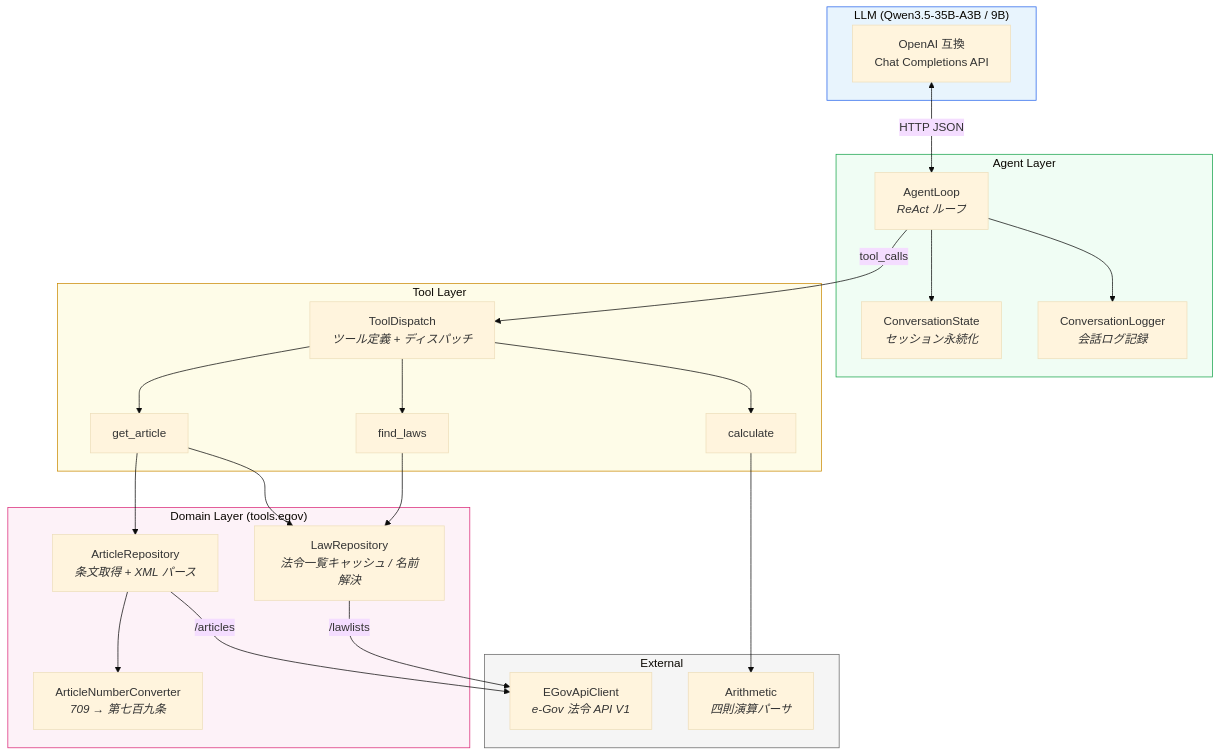
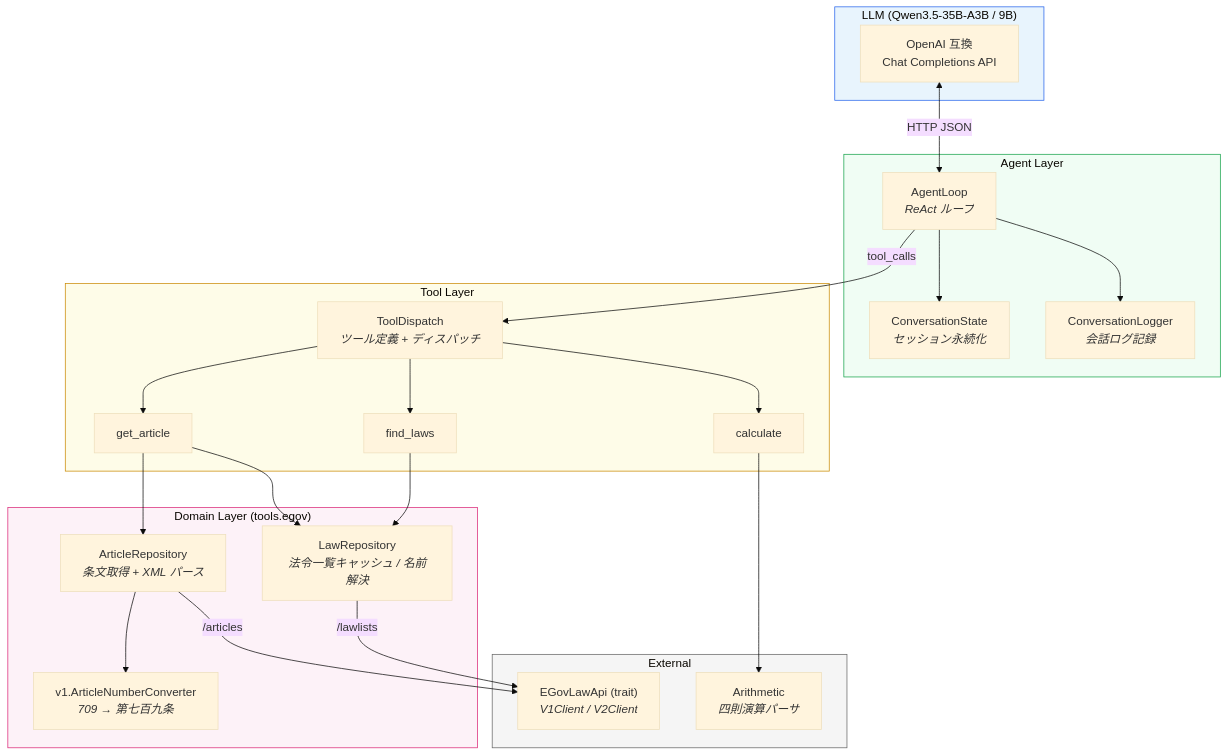
One commit to nil2013/agentic-system-poc changed the diagram in docs/code/README.md. Above: the diagram before and after it, drawn with Mermaid (base theme). The commit also changed other lines of this file and 2 other files, not shown here.

First line of the commit message:
Update design docs for V1/V2 backend switching architecture

````diff
--- a/docs/code/README.md
+++ b/docs/code/README.md
@@ -15,51 +15,51 @@
 ```mermaid
 graph TB
     subgraph LLM["LLM (Qwen3.5-35B-A3B / 9B)"]
         API["OpenAI 互換<br/>Chat Completions API"]
     end
 
     subgraph Agent["Agent Layer"]
         AL["AgentLoop<br/><i>ReAct ループ</i>"]
         CS["ConversationState<br/><i>セッション永続化</i>"]
         CL["ConversationLogger<br/><i>会話ログ記録</i>"]
     end
 
     subgraph Tools["Tool Layer"]
         TD["ToolDispatch<br/><i>ツール定義 + ディスパッチ</i>"]
         FL["find_laws"]
         GA["get_article"]
         CALC["calculate"]
     end
 
     subgraph Domain["Domain Layer (tools.egov)"]
         LR["LawRepository<br/><i>法令一覧キャッシュ / 名前解決</i>"]
         AR["ArticleRepository<br/><i>条文取得 + XML パース</i>"]
-        ANC["ArticleNumberConverter<br/><i>709 → 第七百九条</i>"]
+        ANC["v1.ArticleNumberConverter<br/><i>709 → 第七百九条</i>"]
     end
 
     subgraph Ext["External"]
-        EGOV["EGovApiClient<br/><i>e-Gov 法令 API V1</i>"]
+        EGOV["EGovLawApi (trait)<br/><i>V1Client / V2Client</i>"]
         ARITH["Arithmetic<br/><i>四則演算パーサ</i>"]
     end
 
     API <-->|"HTTP JSON"| AL
     AL --> CS
     AL --> CL
     AL -->|"tool_calls"| TD
     TD --> FL
     TD --> GA
     TD --> CALC
     FL --> LR
     GA --> LR
     GA --> AR
     AR --> ANC
     CALC --> ARITH
     LR -->|"/lawlists"| EGOV
     AR -->|"/articles"| EGOV
 
     style LLM fill:#e8f4fd,stroke:#2563eb
     style Agent fill:#f0fdf4,stroke:#16a34a
     style Tools fill:#fefce8,stroke:#ca8a04
     style Domain fill:#fdf2f8,stroke:#db2777
     style Ext fill:#f5f5f5,stroke:#666
 ```
````
